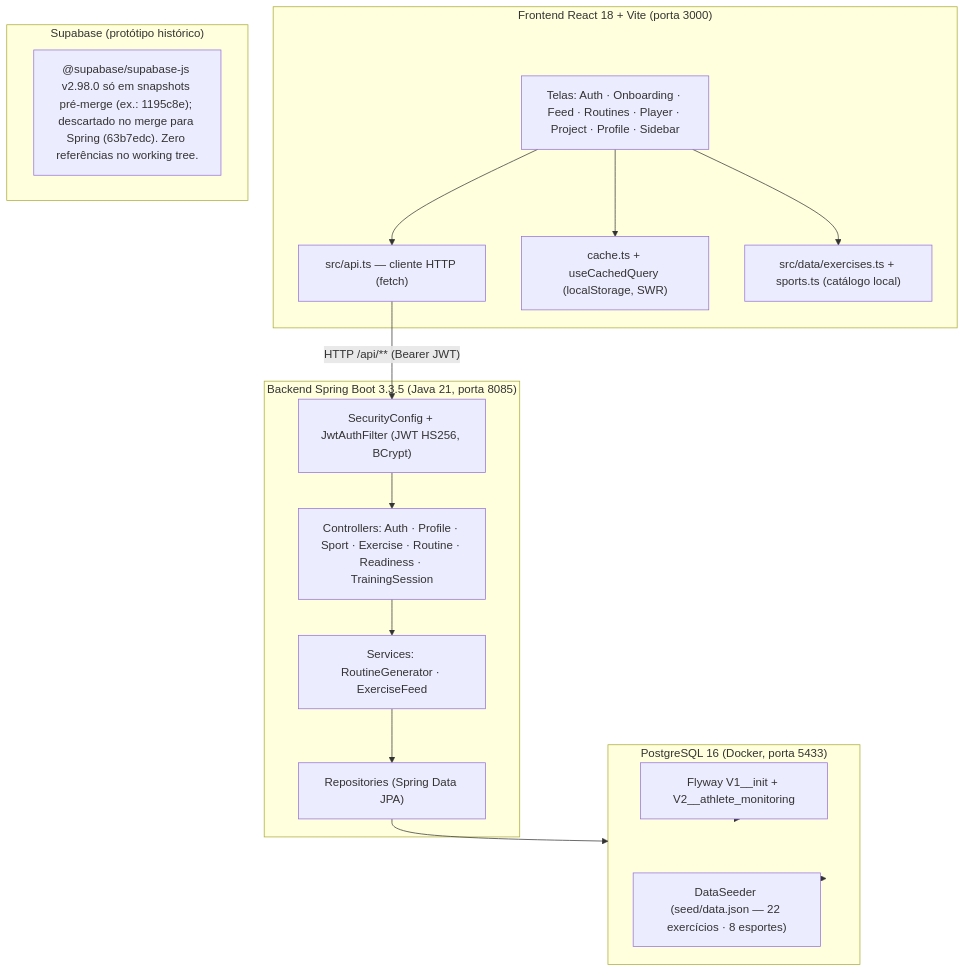
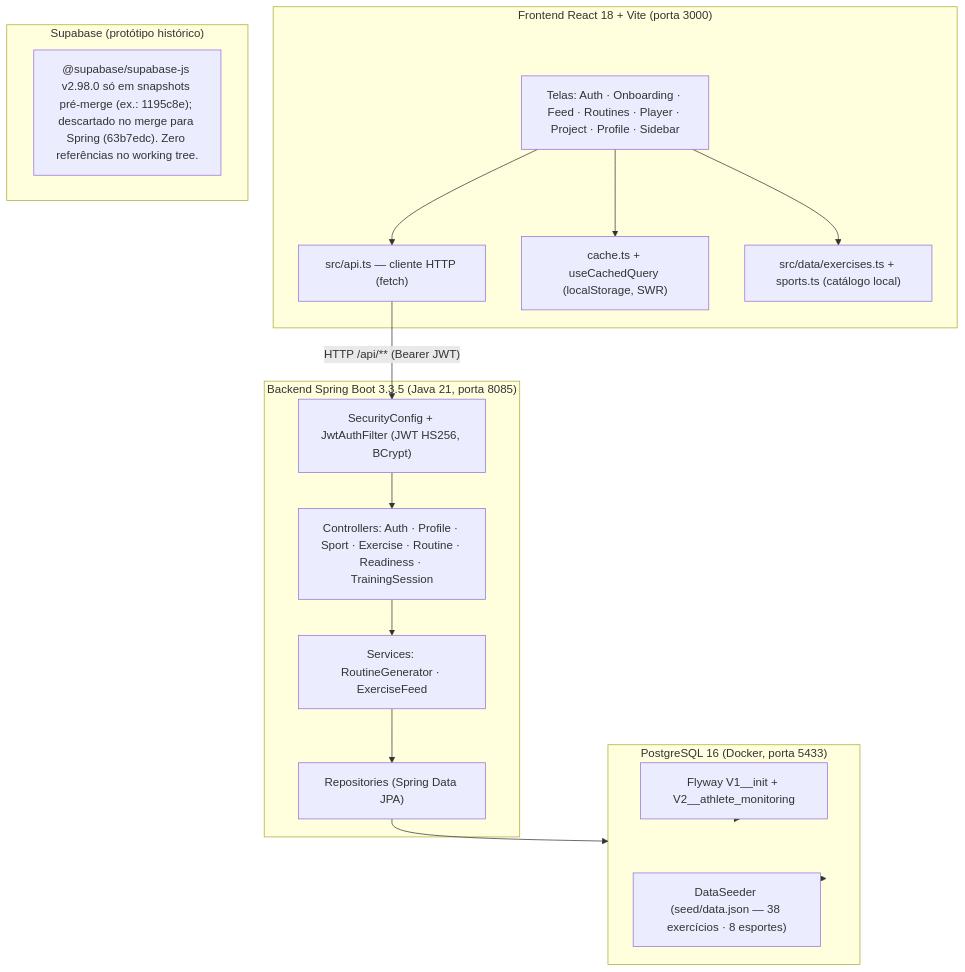
One commit to luizrhossard/ultra-exercises changed the diagram in docs/architecture/backend-current-state.md. Above: the diagram before and after it, drawn with Mermaid. The commit also changed other lines of this file and 21 other files, not shown here.

````diff
--- a/docs/architecture/backend-current-state.md
+++ b/docs/architecture/backend-current-state.md
@@ -7,35 +7,35 @@
 ```mermaid
 flowchart TB
     subgraph FE["Frontend React 18 + Vite (porta 3000)"]
         UI["Telas: Auth · Onboarding · Feed · Routines · Player · Project · Profile · Sidebar"]
         API["src/api.ts — cliente HTTP (fetch)"]
         CACHE["cache.ts + useCachedQuery (localStorage, SWR)"]
         DATA["src/data/exercises.ts + sports.ts (catálogo local)"]
         UI --> API
         UI --> CACHE
         UI --> DATA
     end
 
     subgraph BE["Backend Spring Boot 3.3.5 (Java 21, porta 8085)"]
         SEC["SecurityConfig + JwtAuthFilter (JWT HS256, BCrypt)"]
         CTRL["Controllers: Auth · Profile · Sport · Exercise · Routine · Readiness · TrainingSession"]
         SVC["Services: RoutineGenerator · ExerciseFeed"]
         REPO["Repositories (Spring Data JPA)"]
         CTRL --> SVC --> REPO
         SEC --> CTRL
     end
 
     subgraph DB["PostgreSQL 16 (Docker, porta 5433)"]
         FLYWAY["Flyway V1__init + V2__athlete_monitoring"]
-        SEED["DataSeeder (seed/data.json — 22 exercícios · 8 esportes)"]
+        SEED["DataSeeder (seed/data.json — 38 exercícios · 8 esportes)"]
     end
 
     API -->|"HTTP /api/** (Bearer JWT)"| SEC
     REPO --> DB
     FLYWAY --> DB
     SEED --> DB
 
     subgraph LEGACY["Supabase (protótipo histórico)"]
         note["@supabase/supabase-js v2.98.0 só em snapshots pré-merge (ex.: 1195c8e); descartado no merge para Spring (63b7edc). Zero referências no working tree."]
     end
 ```
````
